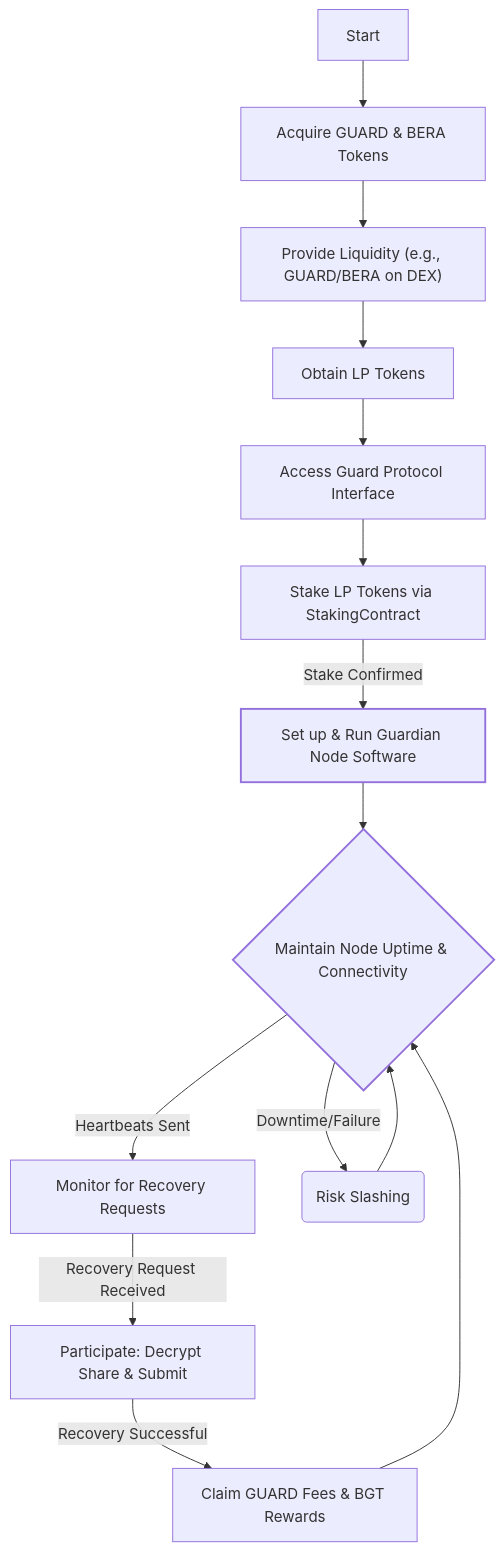
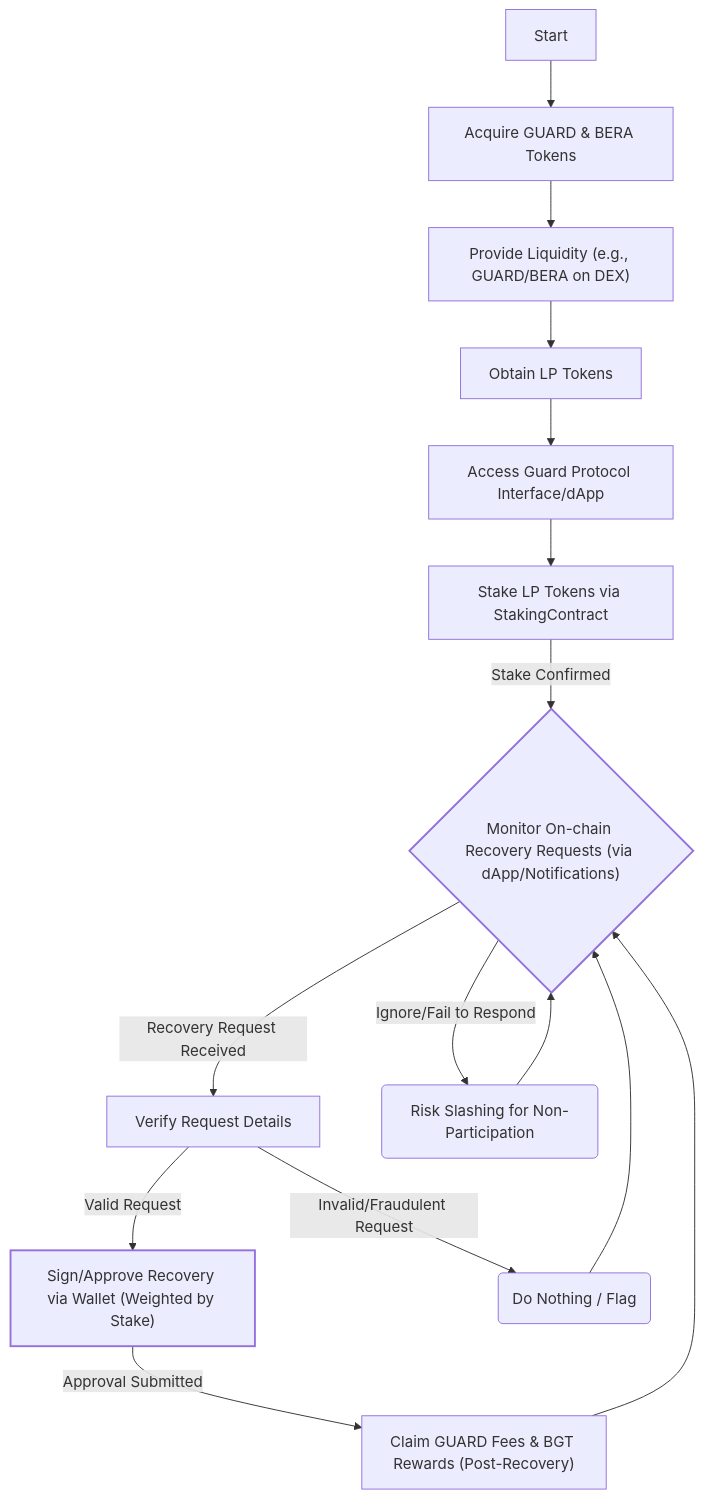
The fourth of 5 diagrams in Guard02.md (amschel99/papers), drawn with Mermaid before and after one commit. The commit also changed other lines of this file, not shown here.

````diff
--- a/Guard02.md
+++ b/Guard02.md
@@ -271,19 +278,20 @@
 ```mermaid
 graph TD
     Start --> A["Acquire GUARD & BERA Tokens"];
     A --> B["Provide Liquidity (e.g., GUARD/BERA on DEX)"];
     B --> C["Obtain LP Tokens"];
-    C --> D["Access Guard Protocol Interface"];
+    C --> D["Access Guard Protocol Interface/dApp"];
     D --> E["Stake LP Tokens via StakingContract"];
-    E -- Stake Confirmed --> F["Set up & Run Guardian Node Software"];
-    F --> G{"Maintain Node Uptime & Connectivity"};
-    G -- Heartbeats Sent --> H["Monitor for Recovery Requests"];
-    H -- Recovery Request Received --> I["Participate: Decrypt Share & Submit"];
-    I -- Recovery Successful --> J["Claim GUARD Fees & BGT Rewards"];
-    J --> G;
-    G -- Downtime/Failure --> K(Risk Slashing);
-    K --> G;
+    E -- Stake Confirmed --> F{"Monitor On-chain Recovery Requests (via dApp/Notifications)"};
+    F -- Recovery Request Received --> G["Verify Request Details"];
+    G -- Valid Request --> H["Sign/Approve Recovery via Wallet (Weighted by Stake)"];
+    H -- Approval Submitted --> I["Claim GUARD Fees & BGT Rewards (Post-Recovery)"];
+    I --> F;
+    F -- Ignore/Fail to Respond --> K(Risk Slashing for Non-Participation);
+    K --> F;
+    G -- Invalid/Fraudulent Request --> L(Do Nothing / Flag);
+    L --> F;
 
     style F stroke-width:2px
-    style G stroke-width:2px
+    style H stroke-width:2px
 ```
````
